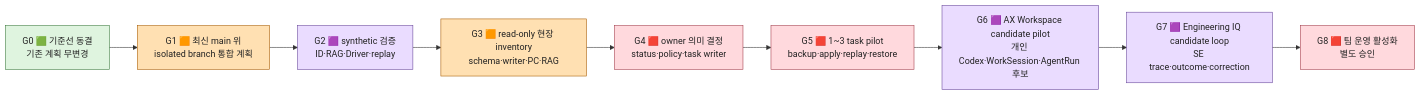
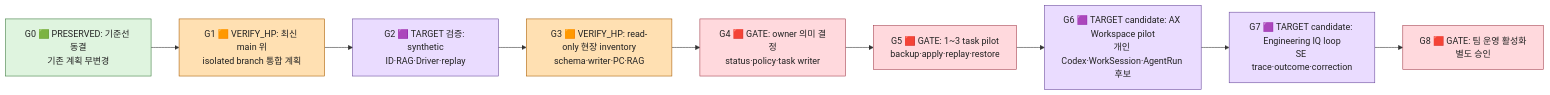
Before and after one commit to SungYongMOON/soulforge: diagram 11 of 11 in ui-workspace/apps/dev-erp/docs/AX_WORKSPACE_TASK_ENGINE_INTEGRATED_VALIDATION_PLAN_V0.md, drawn with Mermaid. The commit also changed other lines of this file, not shown here.

Commit message:
docs: 할일 엔진 저장 구조와 전체 개발 지도를 보강 (codex_gpt-5)

````diff
--- a/ui-workspace/apps/dev-erp/docs/AX_WORKSPACE_TASK_ENGINE_INTEGRATED_VALIDATION_PLAN_V0.md
+++ b/ui-workspace/apps/dev-erp/docs/AX_WORKSPACE_TASK_ENGINE_INTEGRATED_VALIDATION_PLAN_V0.md
@@ -863,20 +1271,20 @@
 ```mermaid
 flowchart LR
-  G0["G0 🟩 기준선 동결<br/>기존 계획 무변경"] --> G1["G1 🟧 최신 main 위<br/>isolated branch 통합 계획"]
-  G1 --> G2["G2 🟪 synthetic 검증<br/>ID·RAG·Driver·replay"]
-  G2 --> G3["G3 🟧 read-only 현장 inventory<br/>schema·writer·PC·RAG"]
-  G3 --> G4["G4 🟥 owner 의미 결정<br/>status·policy·task writer"]
-  G4 --> G5["G5 🟥 1~3 task pilot<br/>backup·apply·replay·restore"]
-  G5 --> G6["G6 🟪 AX Workspace candidate pilot<br/>개인 Codex·WorkSession·AgentRun 후보"]
-  G6 --> G7["G7 🟪 Engineering IQ candidate loop<br/>SE trace·outcome·correction"]
-  G7 --> G8["G8 🟥 팀 운영 활성화<br/>별도 승인"]
+  G0["G0 🟩 PRESERVED: 기준선 동결<br/>기존 계획 무변경"] --> G1["G1 🟧 VERIFY_HP: 최신 main 위<br/>isolated branch 통합 계획"]
+  G1 --> G2["G2 🟪 TARGET 검증: synthetic<br/>ID·RAG·Driver·replay"]
+  G2 --> G3["G3 🟧 VERIFY_HP: read-only 현장 inventory<br/>schema·writer·PC·RAG"]
+  G3 --> G4["G4 🟥 GATE: owner 의미 결정<br/>status·policy·task writer"]
+  G4 --> G5["G5 🟥 GATE: 1~3 task pilot<br/>backup·apply·replay·restore"]
+  G5 --> G6["G6 🟪 TARGET candidate: AX Workspace pilot<br/>개인 Codex·WorkSession·AgentRun 후보"]
+  G6 --> G7["G7 🟪 TARGET candidate: Engineering IQ loop<br/>SE trace·outcome·correction"]
+  G7 --> G8["G8 🟥 GATE: 팀 운영 활성화<br/>별도 승인"]
 
   classDef kept fill:#dff4df,stroke:#397a3b,color:#222
   classDef target fill:#eadcff,stroke:#67459a,color:#222
   classDef verify fill:#ffe0b2,stroke:#a85b00,color:#222
   classDef gate fill:#ffd9dd,stroke:#a23b49,color:#222
   class G0 kept
   class G1,G3 verify
   class G2,G6,G7 target
   class G4,G5,G8 gate
 ```
````
